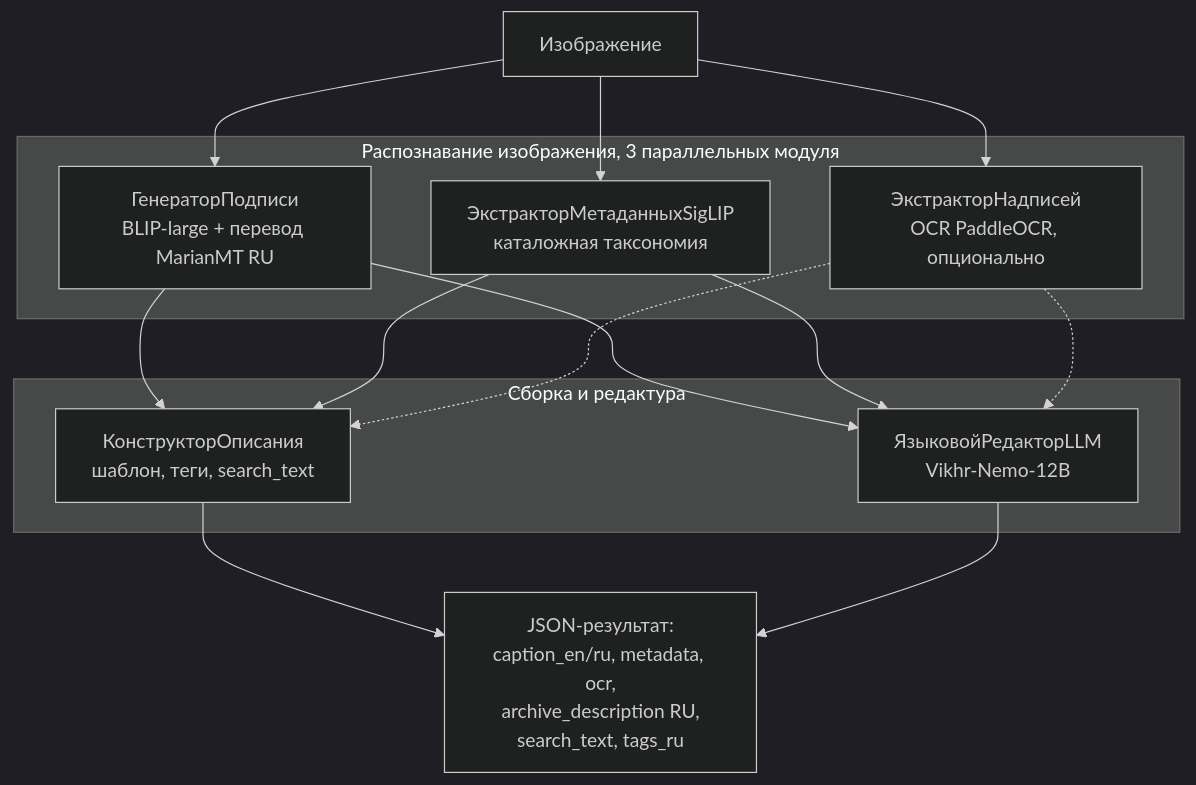
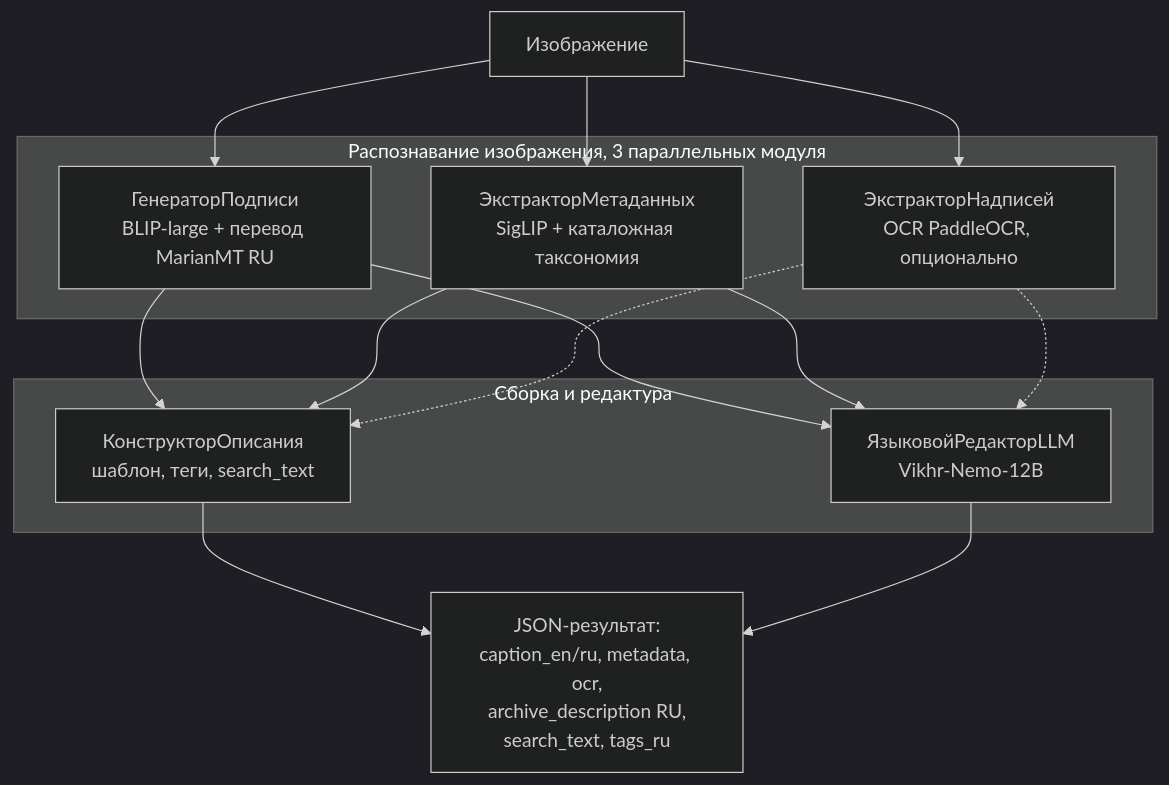
The diagram in README.md (azat-khatyn/tsu-image-description), drawn with Mermaid (dark theme) before and after one commit. The commit also changed other lines of this file and 12 other files, not shown here.

````diff
--- a/README.md
+++ b/README.md
@@ -30,31 +30,31 @@
 ```mermaid
 flowchart TD
     IMG[Изображение]
 
     subgraph REC [Распознавание изображения, 3 параллельных модуля]
         BLIP[ГенераторПодписи<br/>BLIP-large + перевод MarianMT RU]
-        SigLIP[ЭкстракторМетаданныхSigLIP<br/>каталожная таксономия]
+        SigLIP[ЭкстракторМетаданных<br/>SigLIP + каталожная таксономия]
         OCR[ЭкстракторНадписей<br/>OCR PaddleOCR, опционально]
     end
 
     subgraph SEM [Сборка и редактура]
         BUILD[КонструкторОписания<br/>шаблон, теги, search_text]
         LLM[ЯзыковойРедакторLLM<br/>Vikhr-Nemo-12B]
     end
 
     OUT[JSON-результат:<br/>caption_en/ru, metadata, ocr,<br/>archive_description RU,<br/>search_text, tags_ru]
 
     IMG --> BLIP
     IMG --> SigLIP
     IMG --> OCR
 
     BLIP --> BUILD
     SigLIP --> BUILD
     OCR -.-> BUILD
     BLIP --> LLM
     SigLIP --> LLM
     OCR -.-> LLM
 
     BUILD --> OUT
     LLM --> OUT
 ```
````
